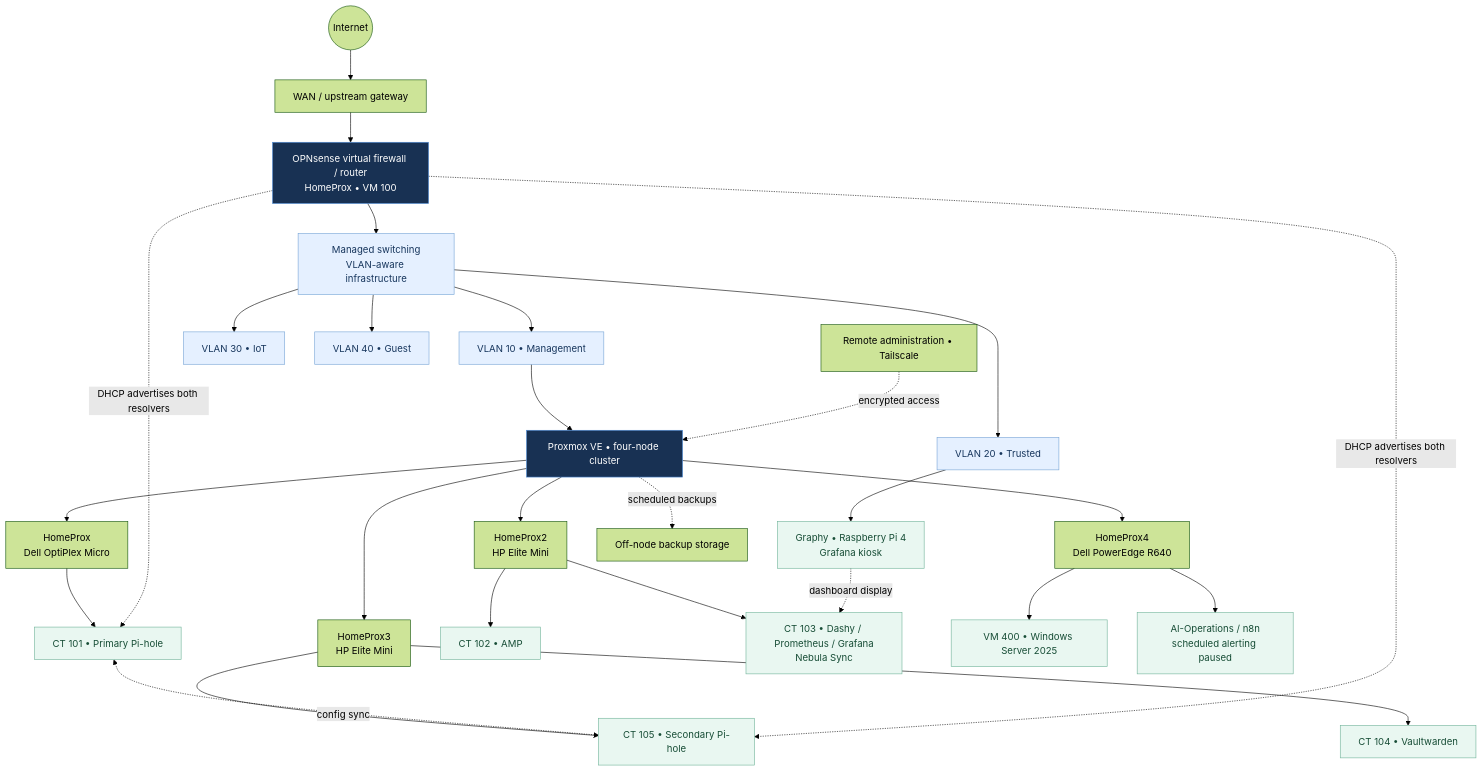
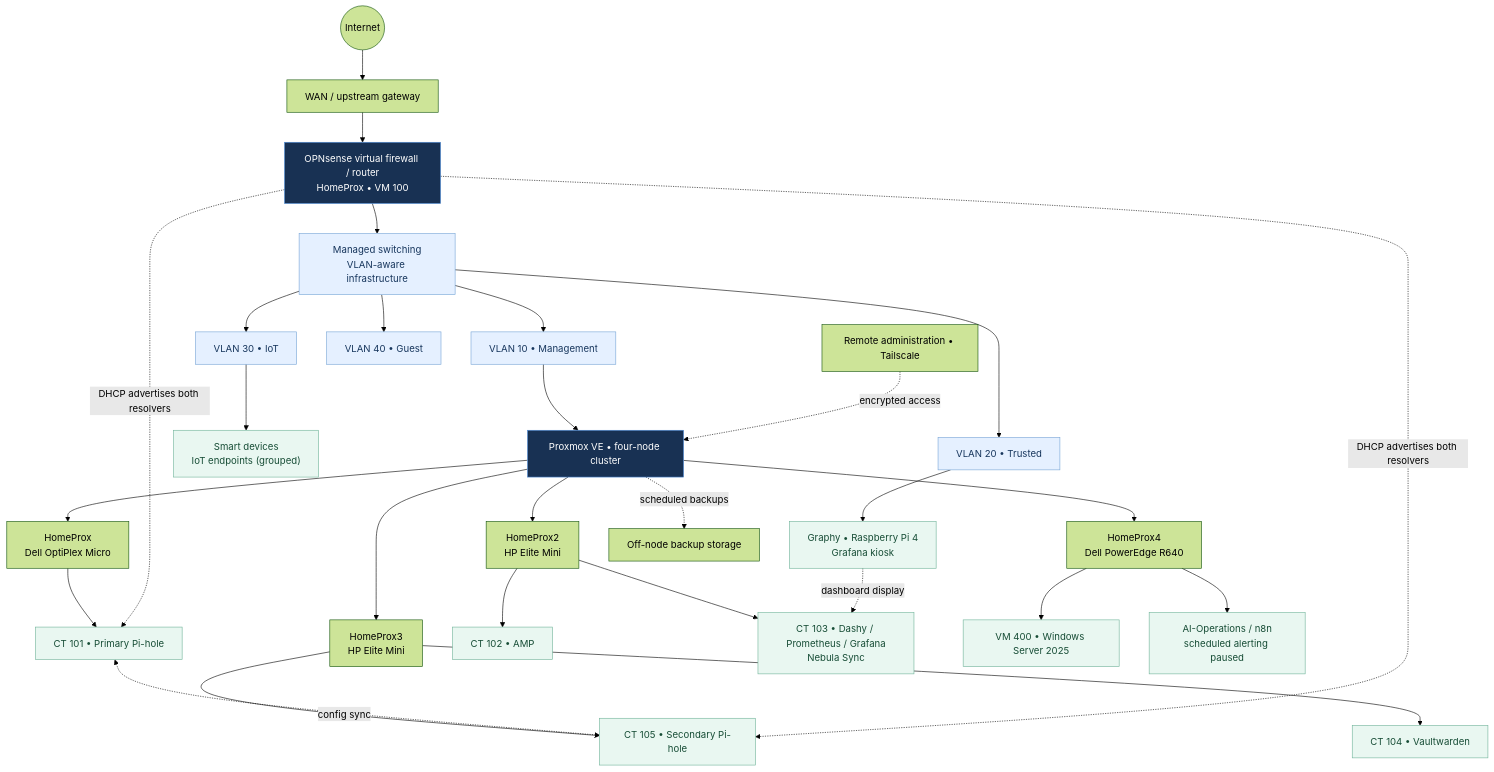
One commit to samuelkemp1619/HOMELAB-PORTFOLIO changed the diagram in network/diagrams/README.md. Above: the diagram before and after it, drawn with Mermaid (forest theme). The commit also changed other lines of this file, not shown here.

Commit message:
Add Smart devices group beneath IoT VLAN in network diagram

````diff
--- a/network/diagrams/README.md
+++ b/network/diagrams/README.md
@@ -9,35 +9,36 @@
 ```mermaid
 flowchart TB
     WAN((Internet)) --> EDGE["WAN / upstream gateway"]
     EDGE --> FW["OPNsense virtual firewall / router<br/>HomeProx • VM 100"]
     FW --> SWITCH["Managed switching<br/>VLAN-aware infrastructure"]
     SWITCH --> V10["VLAN 10 • Management"]
     SWITCH --> V20["VLAN 20 • Trusted"]
     SWITCH --> V30["VLAN 30 • IoT"]
     SWITCH --> V40["VLAN 40 • Guest"]
+    V30 --> SMART["Smart devices<br/>IoT endpoints (grouped)"]
     V10 --> CLUSTER["Proxmox VE • four-node cluster"]
     CLUSTER --> P1["HomeProx<br/>Dell OptiPlex Micro"]
     CLUSTER --> P2["HomeProx2<br/>HP Elite Mini"]
     CLUSTER --> P3["HomeProx3<br/>HP Elite Mini"]
     CLUSTER --> P4["HomeProx4<br/>Dell PowerEdge R640"]
     P1 --> DNS1["CT 101 • Primary Pi-hole"]
     P2 --> APP["CT 102 • AMP"]
     P2 --> OBS["CT 103 • Dashy / Prometheus / Grafana<br/>Nebula Sync"]
     P3 --> VAULT["CT 104 • Vaultwarden"]
     P3 --> DNS2["CT 105 • Secondary Pi-hole"]
     P4 --> WIN["VM 400 • Windows Server 2025"]
     P4 --> AI["AI-Operations / n8n<br/>scheduled alerting paused"]
     DNS1 <-. "config sync" .-> DNS2
     FW -. "DHCP advertises both resolvers" .-> DNS1
     FW -. "DHCP advertises both resolvers" .-> DNS2
     V20 --> GRAPHY["Graphy • Raspberry Pi 4<br/>Grafana kiosk"]
     GRAPHY -. "dashboard display" .-> OBS
     REMOTE["Remote administration • Tailscale"] -. "encrypted access" .-> CLUSTER
     CLUSTER -. "scheduled backups" .-> BACKUP["Off-node backup storage"]
     classDef core fill:#183153,color:#fff,stroke:#4c8ad5
     classDef network fill:#e5f0ff,color:#17365d,stroke:#77a5d6
     classDef service fill:#e9f7f1,color:#174d36,stroke:#71b49a
     class FW,CLUSTER core
     class SWITCH,V10,V20,V30,V40 network
-    class DNS1,DNS2,OBS,VAULT,GRAPHY,APP,WIN,AI service
+    class DNS1,DNS2,OBS,VAULT,GRAPHY,APP,WIN,AI,SMART service
 ```
````
